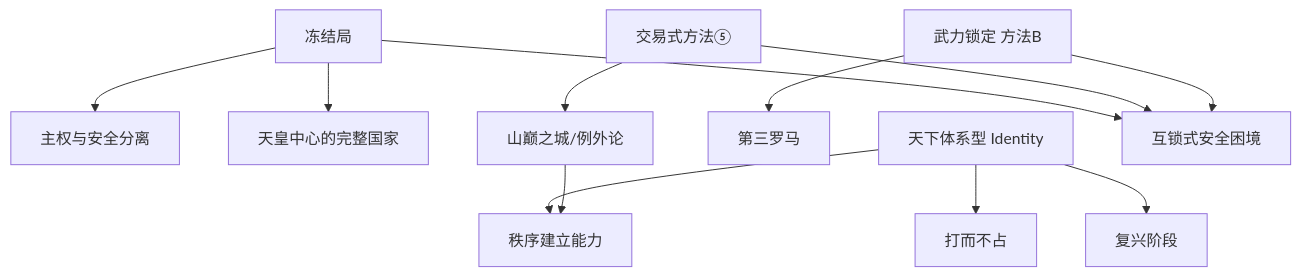
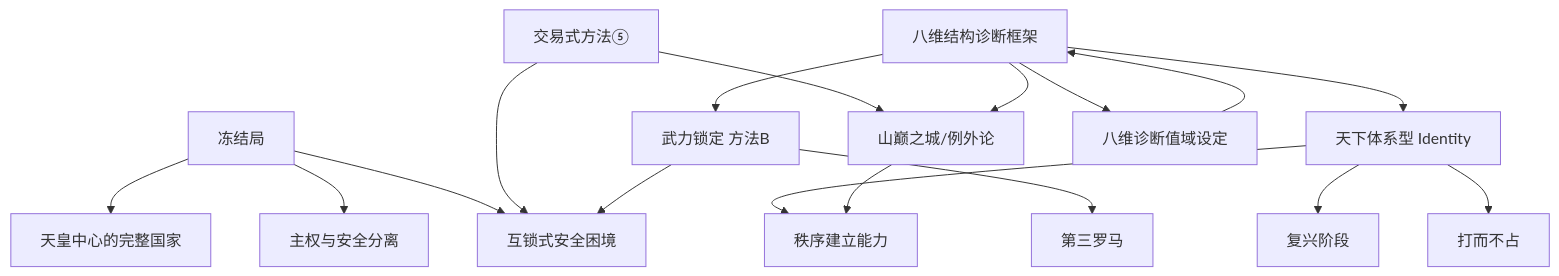
Before and after one commit to firehuzi/construct-lab: the diagram in content/lexicon/lexicon_index.md, drawn with Mermaid. The commit also changed other lines of this file and 8 other files, not shown here.

````diff
--- a/content/lexicon/lexicon_index.md
+++ b/content/lexicon/lexicon_index.md
@@ -46,14 +53,19 @@
 ```mermaid
 graph TD
     A[冻结局] --> B[主权与安全分离]
     A --> C[天皇中心的完整国家]
     D[交易式方法⑤] --> E[山巅之城/例外论]
     F[武力锁定 方法B] --> G[第三罗马]
     H[天下体系型 Identity] --> I[打而不占]
     H --> J[复兴阶段]
     A --> K[互锁式安全困境]
     D --> K
     F --> K
     H --> L[秩序建立能力]
     E --> L
+    M[八维结构诊断框架] --> N[八维诊断值域设定]
+    M --> H
+    M --> E
+    M --> F
+    N --> M
 ```
````
